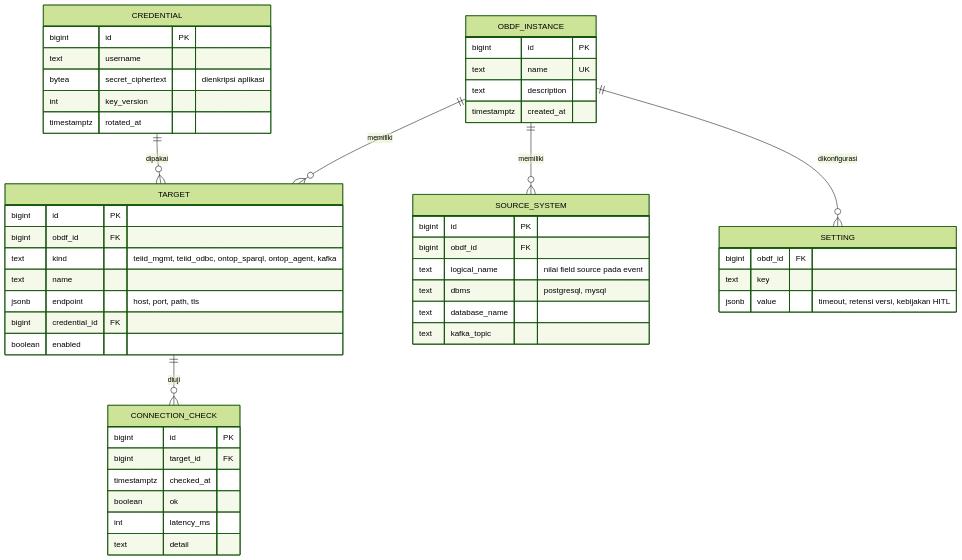
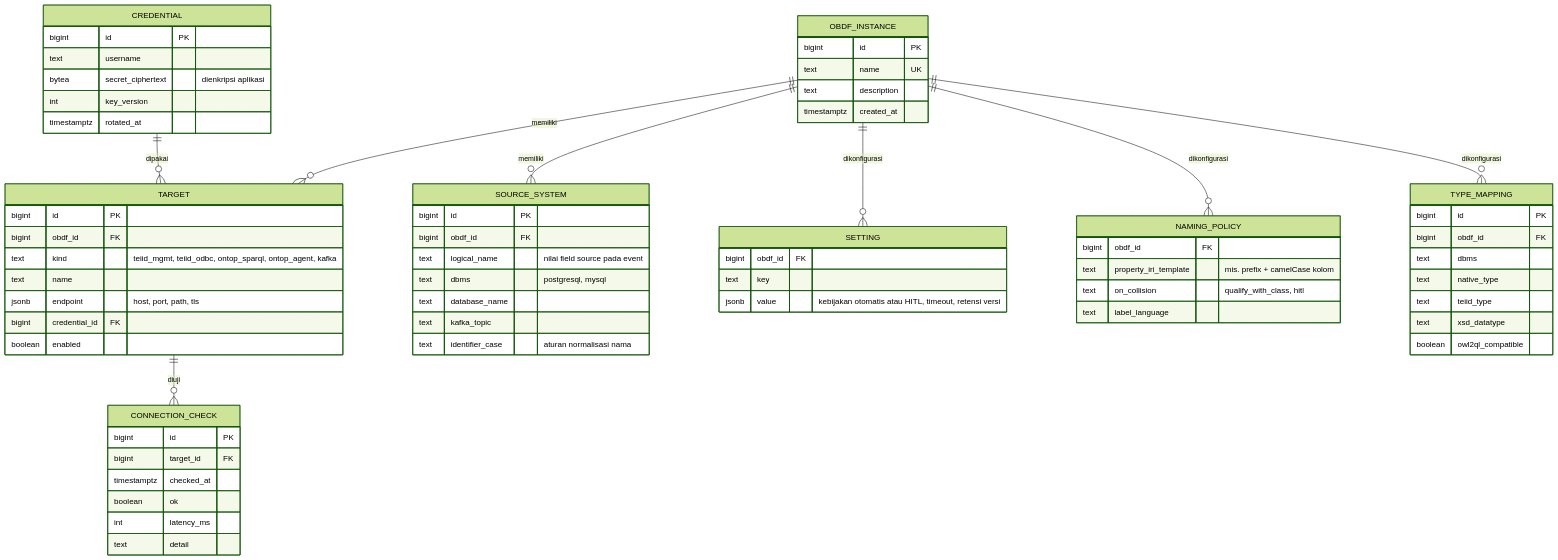
One commit to rahilaode/data-federation-dev changed the first of 7 diagrams in docs/knowledge/README.md. Above: the diagram before and after it, drawn with Mermaid (forest theme). The commit also changed other lines of this file and 2 other files, not shown here.

Commit message:
ADR-0006: dependensi view Teiid (hasil F0.7); rancangan Knowledge v2: graf lineage ujung-ke-ujung, view, kepemilikan elemen, kebijakan, konsistensi, read model UI

````diff
--- a/docs/knowledge/README.md
+++ b/docs/knowledge/README.md
@@ -49,52 +56,70 @@
 ```mermaid
 erDiagram
     OBDF_INSTANCE ||--o{ TARGET : memiliki
     OBDF_INSTANCE ||--o{ SOURCE_SYSTEM : memiliki
     OBDF_INSTANCE ||--o{ SETTING : dikonfigurasi
+    OBDF_INSTANCE ||--o{ NAMING_POLICY : dikonfigurasi
+    OBDF_INSTANCE ||--o{ TYPE_MAPPING : dikonfigurasi
     CREDENTIAL ||--o{ TARGET : dipakai
     TARGET ||--o{ CONNECTION_CHECK : diuji
 
     OBDF_INSTANCE {
         bigint id PK
         text name UK
         text description
         timestamptz created_at
     }
     TARGET {
         bigint id PK
         bigint obdf_id FK
         text kind "teiid_mgmt, teiid_odbc, ontop_sparql, ontop_agent, kafka"
         text name
         jsonb endpoint "host, port, path, tls"
         bigint credential_id FK
         boolean enabled
     }
     CREDENTIAL {
         bigint id PK
         text username
         bytea secret_ciphertext "dienkripsi aplikasi"
         int key_version
         timestamptz rotated_at
     }
     SOURCE_SYSTEM {
         bigint id PK
         bigint obdf_id FK
         text logical_name "nilai field source pada event"
         text dbms "postgresql, mysql"
         text database_name
         text kafka_topic
+        text identifier_case "aturan normalisasi nama"
     }
     SETTING {
         bigint obdf_id FK
         text key
-        jsonb value "timeout, retensi versi, kebijakan HITL"
+        jsonb value "kebijakan otomatis atau HITL, timeout, retensi versi"
+    }
+    NAMING_POLICY {
+        bigint obdf_id FK
+        text property_iri_template "mis. prefix + camelCase kolom"
+        text on_collision "qualify_with_class, hitl"
+        text label_language
+    }
+    TYPE_MAPPING {
+        bigint id PK
+        bigint obdf_id FK
+        text dbms
+        text native_type
+        text teiid_type
+        text xsd_datatype
+        boolean owl2ql_compatible
     }
     CONNECTION_CHECK {
         bigint id PK
         bigint target_id FK
         timestamptz checked_at
         boolean ok
         int latency_ms
         text detail
     }
 ```
````
